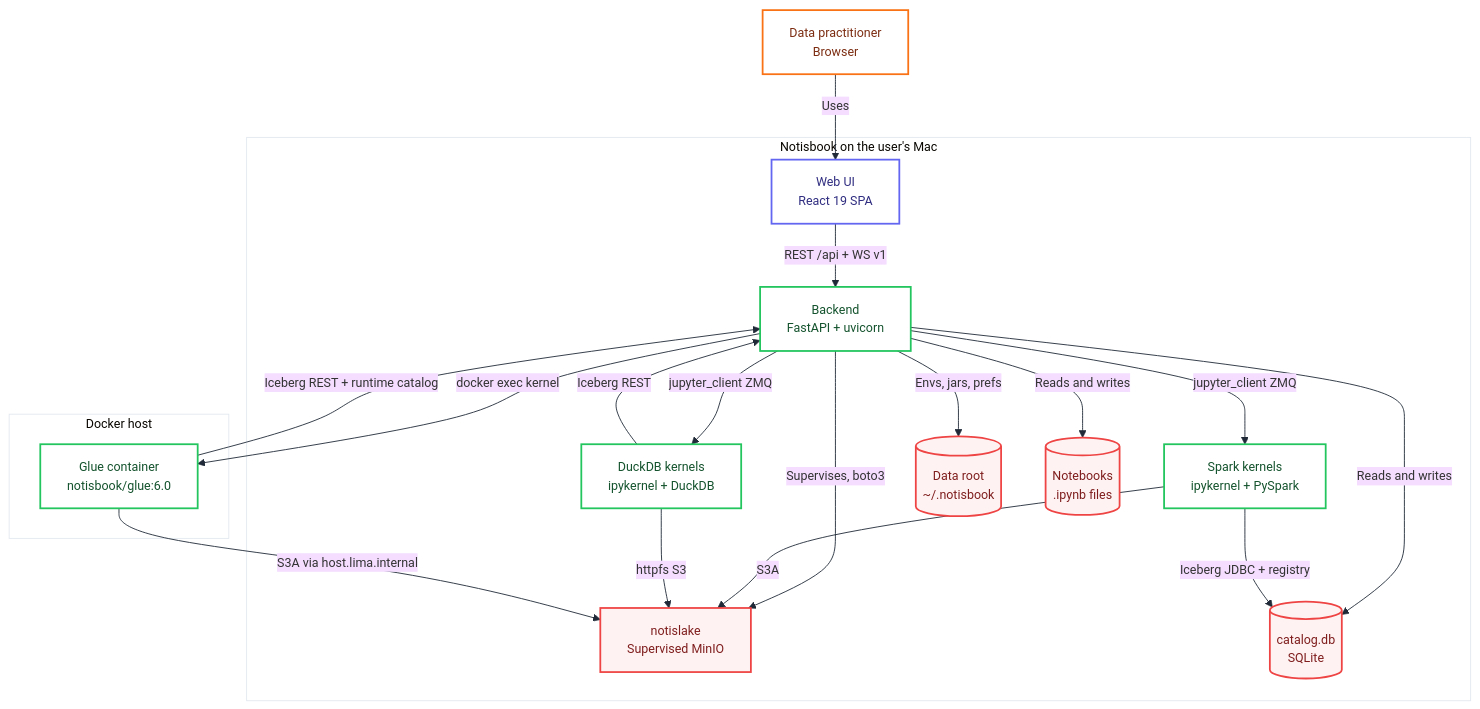
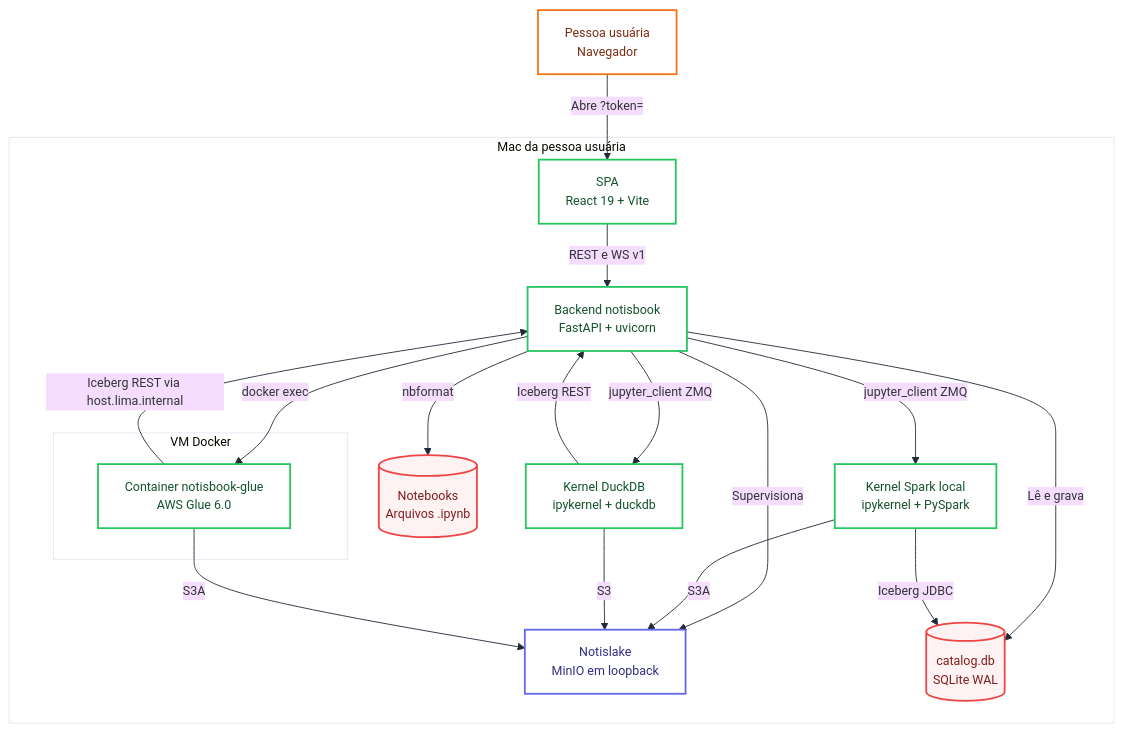
One commit to ROM-mm/Notisbook changed the diagram in docs/arch/container.mmd. Above: the diagram before and after it, drawn with Mermaid. The commit also changed 7 other files, not shown here.

First line of the commit message:
fix(spark): bind local kernels to loopback only (#15)

```diff
--- a/docs/arch/container.mmd
+++ b/docs/arch/container.mmd
@@ -1,49 +1,46 @@
 %%{init: {"theme":"base",
   "fontFamily":"ui-monospace, SFMono-Regular, Menlo, monospace",
   "themeVariables":{
     "fontSize":"14px","lineColor":"#1F2937",
     "clusterBkg":"#FFFFFF","clusterBorder":"#E2E8F0"}}}%%
 graph TB
-    USER["Data practitioner<br/>Browser"]
+    USER["Pessoa usuária<br/>Navegador"]
 
-    subgraph LOCAL["Notisbook on the user's Mac"]
-        SPA["Web UI<br/>React 19 SPA"]
-        API["Backend<br/>FastAPI + uvicorn"]
-        KSPARK["Spark kernels<br/>ipykernel + PySpark"]
-        KDUCK["DuckDB kernels<br/>ipykernel + DuckDB"]
-        MINIO["notislake<br/>Supervised MinIO"]
-        CATDB[("catalog.db<br/>SQLite")]
-        FS[("Data root<br/>~/.notisbook")]
-        NOTEBOOKS[("Notebooks<br/>.ipynb files")]
+    subgraph HOST["Mac da pessoa usuária"]
+        SPA["SPA<br/>React 19 + Vite"]
+        API["Backend notisbook<br/>FastAPI + uvicorn"]
+        KSPARK["Kernel Spark local<br/>ipykernel + PySpark"]
+        KDUCK["Kernel DuckDB<br/>ipykernel + duckdb"]
+        MINIO["Notislake<br/>MinIO em loopback"]
+        CATDB[("catalog.db<br/>SQLite WAL")]
+        FILES[("Notebooks<br/>Arquivos .ipynb")]
+        subgraph VM["VM Docker"]
+            GLUE["Container notisbook-glue<br/>AWS Glue 6.0"]
+        end
     end
 
-    subgraph DOCK["Docker host"]
-        GLUE["Glue container<br/>notisbook/glue:6.0"]
-    end
-
-    USER -->|"Uses"| SPA
-    SPA -->|"REST /api + WS v1"| API
+    USER -->|"Abre ?token="| SPA
+    SPA -->|"REST e WS v1"| API
     API -->|"jupyter_client ZMQ"| KSPARK
     API -->|"jupyter_client ZMQ"| KDUCK
-    API -->|"docker exec kernel"| GLUE
-    API -->|"Supervises, boto3"| MINIO
-    API -->|"Reads and writes"| CATDB
-    API -->|"Envs, jars, prefs"| FS
-    API -->|"Reads and writes"| NOTEBOOKS
-    KSPARK -->|"Iceberg JDBC + registry"| CATDB
+    API -->|"docker exec"| GLUE
+    API -->|"Supervisiona"| MINIO
+    API -->|"Lê e grava"| CATDB
+    API -->|"nbformat"| FILES
+    KSPARK -->|"Iceberg JDBC"| CATDB
     KSPARK -->|"S3A"| MINIO
     KDUCK -->|"Iceberg REST"| API
-    KDUCK -->|"httpfs S3"| MINIO
-    GLUE -->|"Iceberg REST + runtime catalog"| API
-    GLUE -->|"S3A via host.lima.internal"| MINIO
+    KDUCK -->|"S3"| MINIO
+    GLUE -->|"Iceberg REST via host.lima.internal"| API
+    GLUE -->|"S3A"| MINIO
 
     classDef external    fill:#FFFFFF,stroke:#F97316,stroke-width:2px,color:#7C2D12
     classDef integration fill:#FFFFFF,stroke:#6366F1,stroke-width:2px,color:#312E81
     classDef processing  fill:#FFFFFF,stroke:#22C55E,stroke-width:2px,color:#14532D
     classDef persistence fill:#FEF2F2,stroke:#EF4444,stroke-width:2px,color:#7F1D1D
     classDef support     fill:#FFFFFF,stroke:#38BDF8,stroke-width:2px,color:#075985
 
     class USER external
-    class SPA integration
-    class API,KSPARK,KDUCK,GLUE processing
-    class MINIO,CATDB,FS,NOTEBOOKS persistence
+    class SPA,API,KSPARK,KDUCK,GLUE processing
+    class MINIO integration
+    class CATDB,FILES persistence
```
